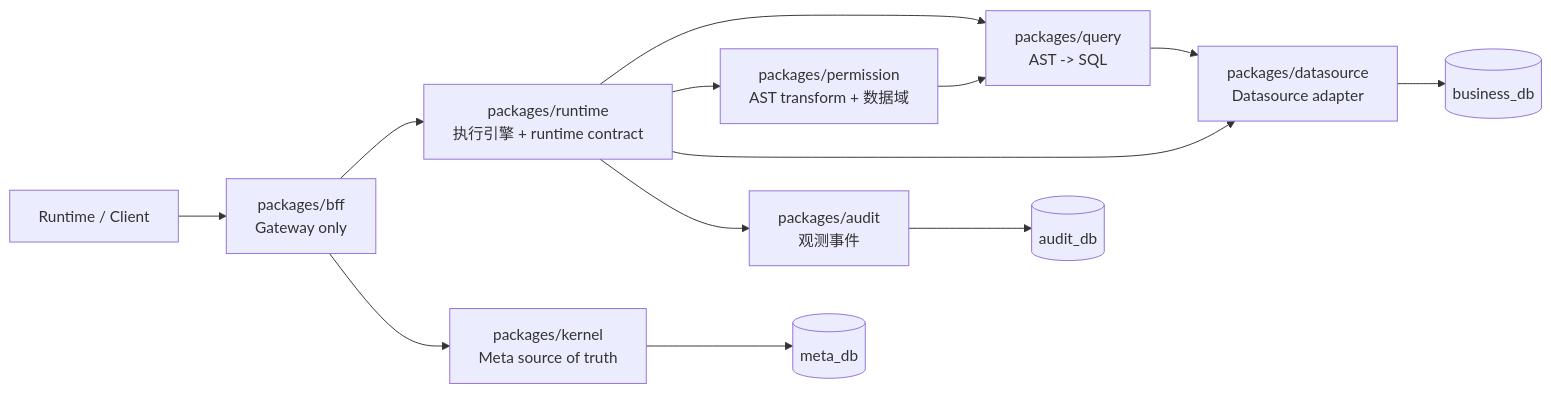
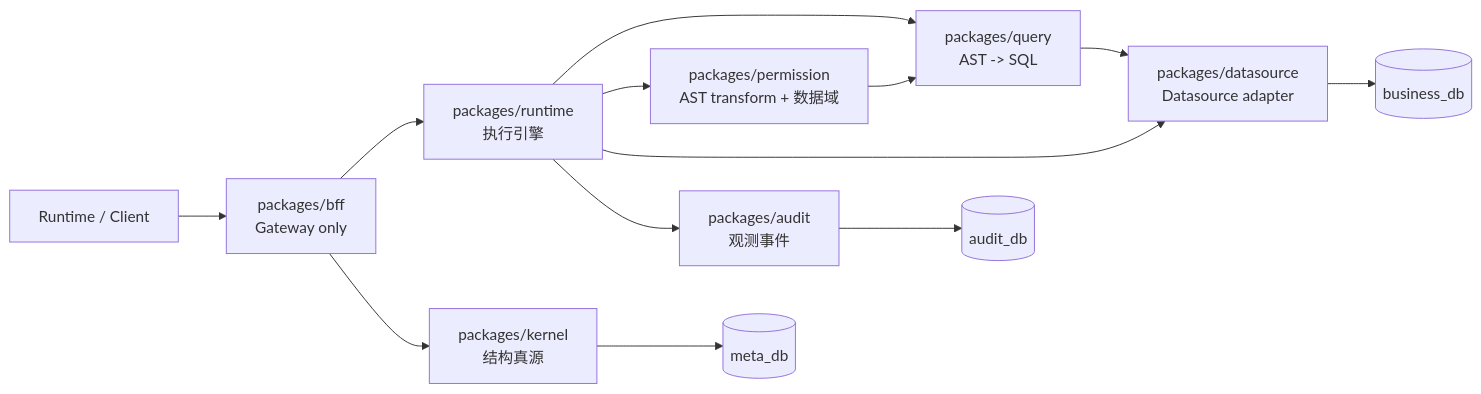
One commit to zhongmiao-org/meta-lc-platform changed the diagram in README_zh.md. Above: the diagram before and after it, drawn with Mermaid. The commit also changed other lines of this file and 83 other files, not shown here.

Commit message:
refactor(architecture): finalize runtime gateway boundaries (#118)

````diff
--- a/README_zh.md
+++ b/README_zh.md
@@ -13,15 +13,15 @@
 ```mermaid
 flowchart LR
   Client["Runtime / Client"] --> BFF["packages/bff<br/>Gateway only"]
-  BFF --> Runtime["packages/runtime<br/>执行引擎 + runtime contract"]
-  BFF --> Kernel["packages/kernel<br/>Meta source of truth"]
+  BFF --> Runtime["packages/runtime<br/>执行引擎"]
+  BFF --> Kernel["packages/kernel<br/>结构真源"]
   Runtime --> Query["packages/query<br/>AST -> SQL"]
   Runtime --> Permission["packages/permission<br/>AST transform + 数据域"]
   Runtime --> Datasource["packages/datasource<br/>Datasource adapter"]
   Runtime --> Audit["packages/audit<br/>观测事件"]
   Kernel --> MetaDb[("meta_db")]
   Query --> Datasource
   Permission --> Query
   Datasource --> BusinessDb[("business_db")]
   Audit --> AuditDb[("audit_db")]
 ```
````
